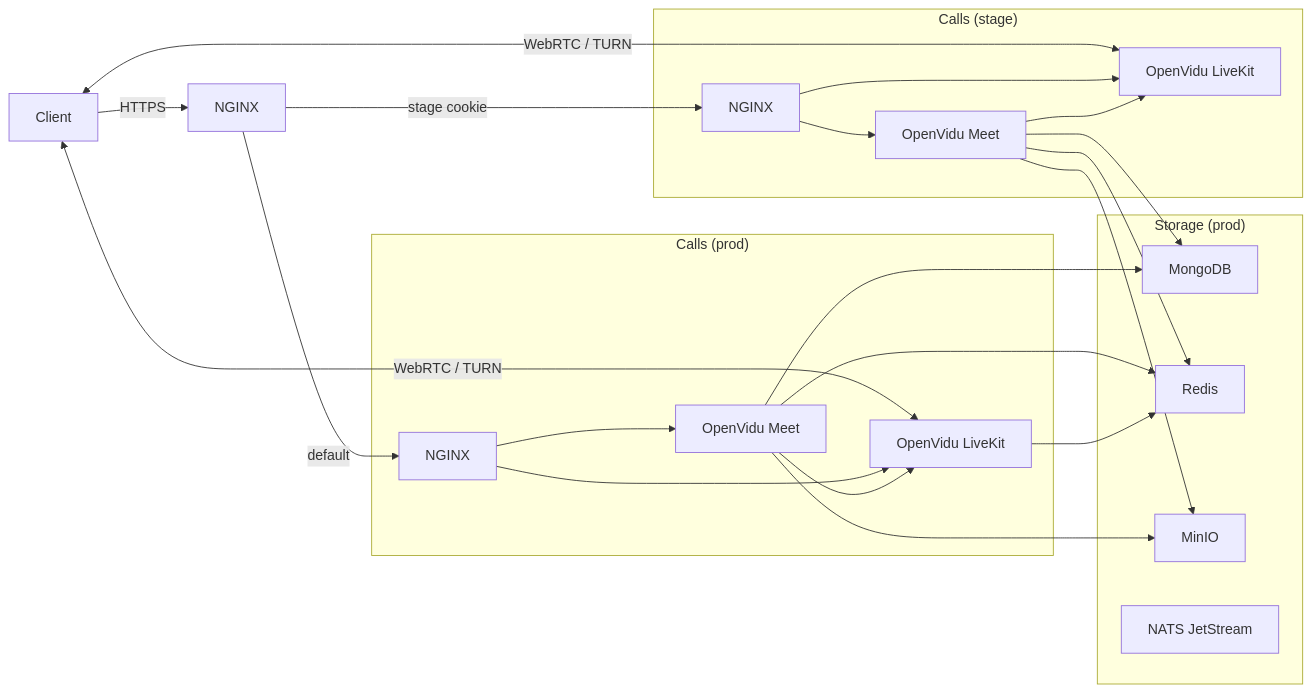
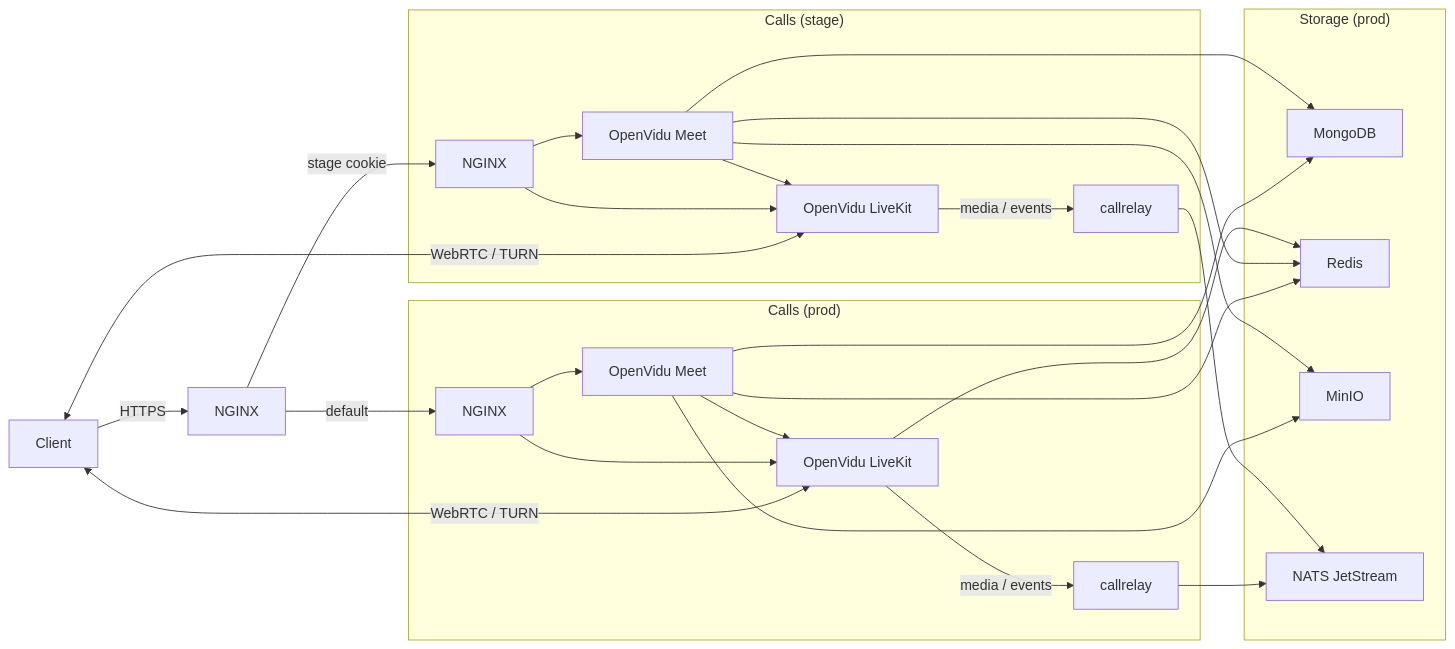
The diagram in README.md (dwspurpleteam/deployer), drawn with Mermaid before and after one commit. The commit also changed 7 other files, not shown here.

````diff
--- a/README.md
+++ b/README.md
@@ -12,35 +12,39 @@
 ```mermaid
 flowchart LR
   browser[Client] -->|HTTPS| ingress[NGINX]
   ingress -->|default| proxy
   ingress -->|stage cookie| stage
   browser <-->|WebRTC / TURN| openvidu
   browser <-->|WebRTC / TURN| stage_openvidu
 
   subgraph calls_stage["Calls (stage)"]
     stage[NGINX] --> stage_meet[OpenVidu Meet]
     stage --> stage_openvidu[OpenVidu LiveKit]
     stage_meet --> stage_openvidu
+    stage_openvidu -->|media / events| stage_callrelay[callrelay]
   end
 
   subgraph calls_prod["Calls (prod)"]
     proxy["NGINX"] --> meet[OpenVidu Meet]
     proxy --> openvidu[OpenVidu LiveKit]
     meet --> openvidu
+    openvidu -->|media / events| callrelay
   end
 
   subgraph storage["Storage (prod)"]
     mongodb[MongoDB]
     redis[Redis]
     minio[MinIO]
     nats["NATS JetStream"]
   end
 
   meet --> mongodb
   meet --> redis
   meet --> minio
   stage_meet --> mongodb
   stage_meet --> redis
   stage_meet --> minio
   openvidu --> redis
+  callrelay --> nats
+  stage_callrelay --> nats
 ```
````
